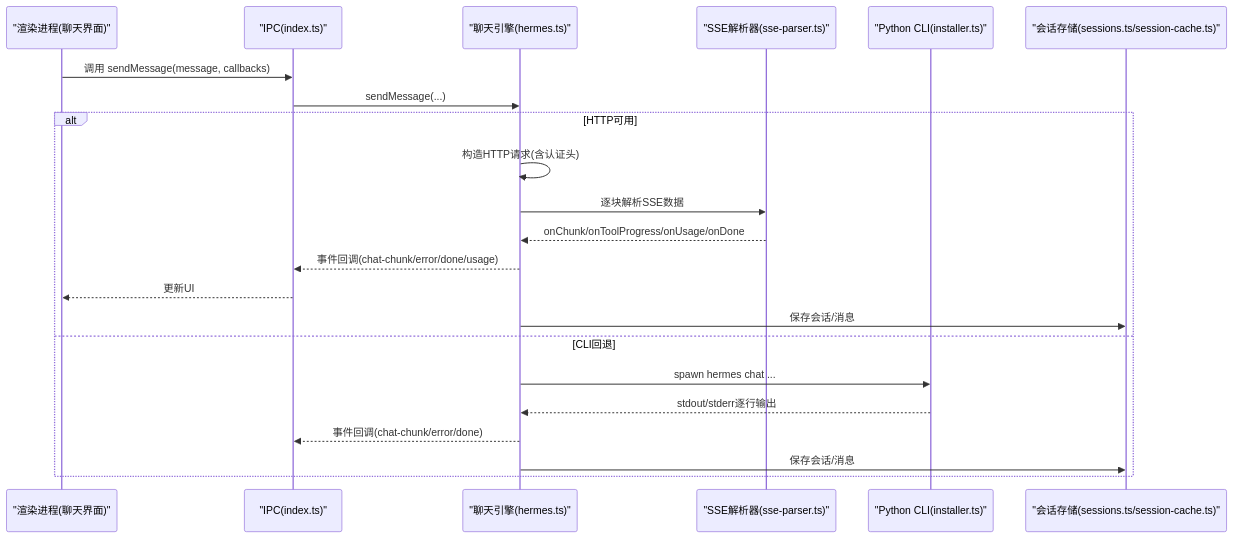
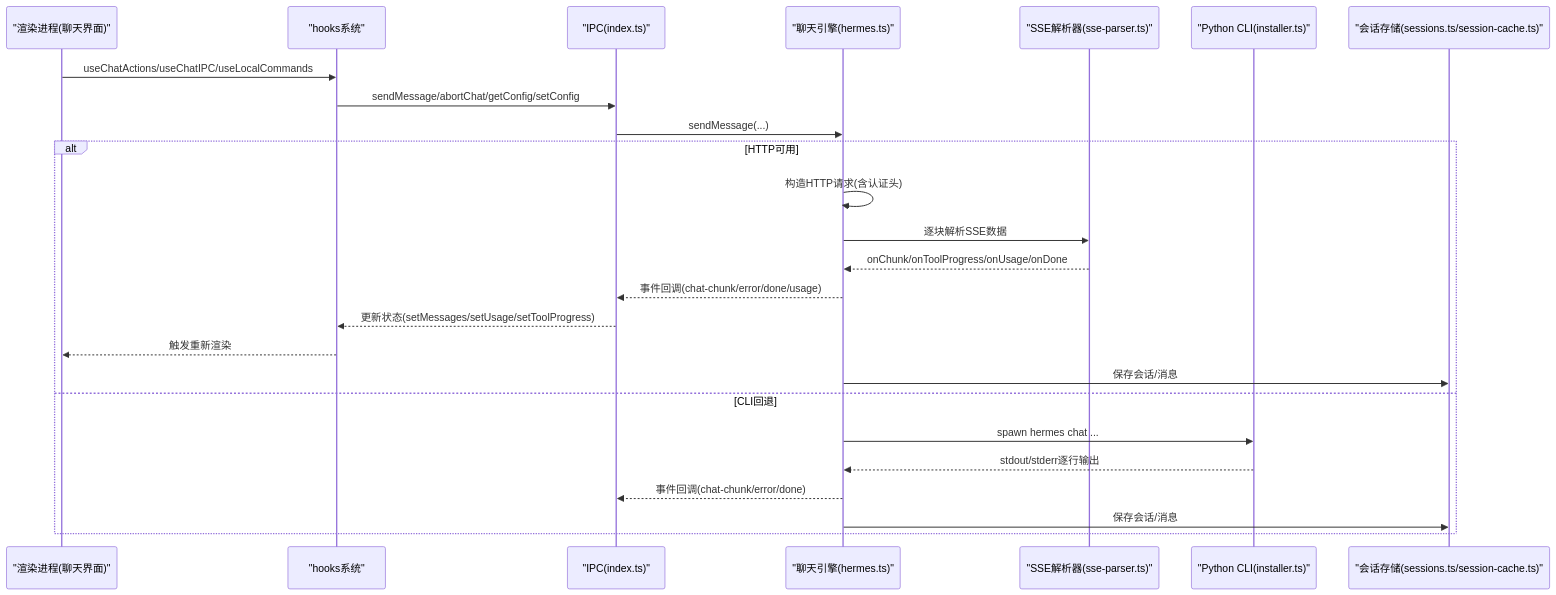
One commit to HDbright/hermes-desktop changed the second of 8 diagrams in .qoder/repowiki/zh/content/核心功能模块/聊天引擎.md. Above: the diagram before and after it, drawn with Mermaid. The commit also changed other lines of this file and 15 other files, not shown here.

````diff
--- a/.qoder/repowiki/zh/content/核心功能模块/聊天引擎.md
+++ b/.qoder/repowiki/zh/content/核心功能模块/聊天引擎.md
@@ -102,24 +139,27 @@
 ```mermaid
 sequenceDiagram
 participant UI as "渲染进程(聊天界面)"
+participant Hooks as "hooks系统"
 participant IPC as "IPC(index.ts)"
 participant Engine as "聊天引擎(hermes.ts)"
 participant SSE as "SSE解析器(sse-parser.ts)"
 participant CLI as "Python CLI(installer.ts)"
 participant DB as "会话存储(sessions.ts/session-cache.ts)"
-UI->>IPC : 调用 sendMessage(message, callbacks)
+UI->>Hooks : useChatActions/useChatIPC/useLocalCommands
+Hooks->>IPC : sendMessage/abortChat/getConfig/setConfig
 IPC->>Engine : sendMessage(...)
 alt HTTP可用
 Engine->>Engine : 构造HTTP请求(含认证头)
 Engine->>SSE : 逐块解析SSE数据
 SSE-->>Engine : onChunk/onToolProgress/onUsage/onDone
 Engine-->>IPC : 事件回调(chat-chunk/error/done/usage)
-IPC-->>UI : 更新UI
+IPC-->>Hooks : 更新状态(setMessages/setUsage/setToolProgress)
+Hooks-->>UI : 触发重新渲染
 Engine->>DB : 保存会话/消息
 else CLI回退
 Engine->>CLI : spawn hermes chat ...
 CLI-->>Engine : stdout/stderr逐行输出
 Engine-->>IPC : 事件回调(chat-chunk/error/done)
 Engine->>DB : 保存会话/消息
 end
 ```
````
